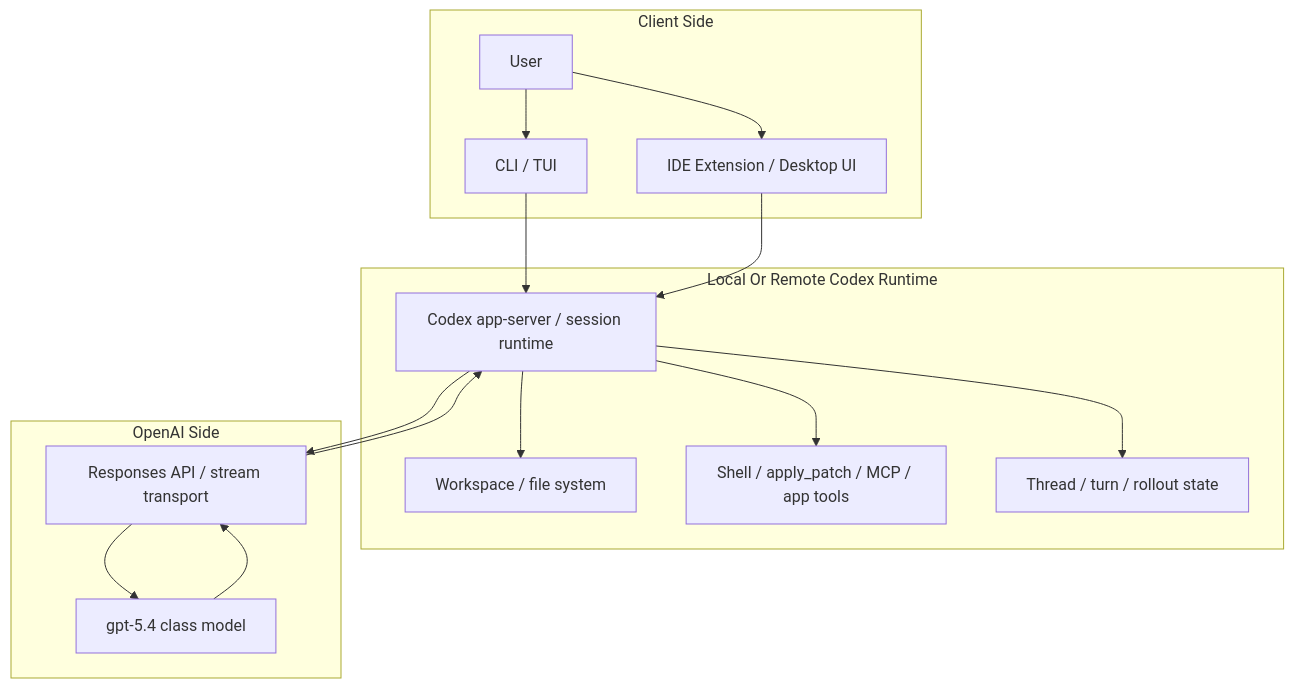
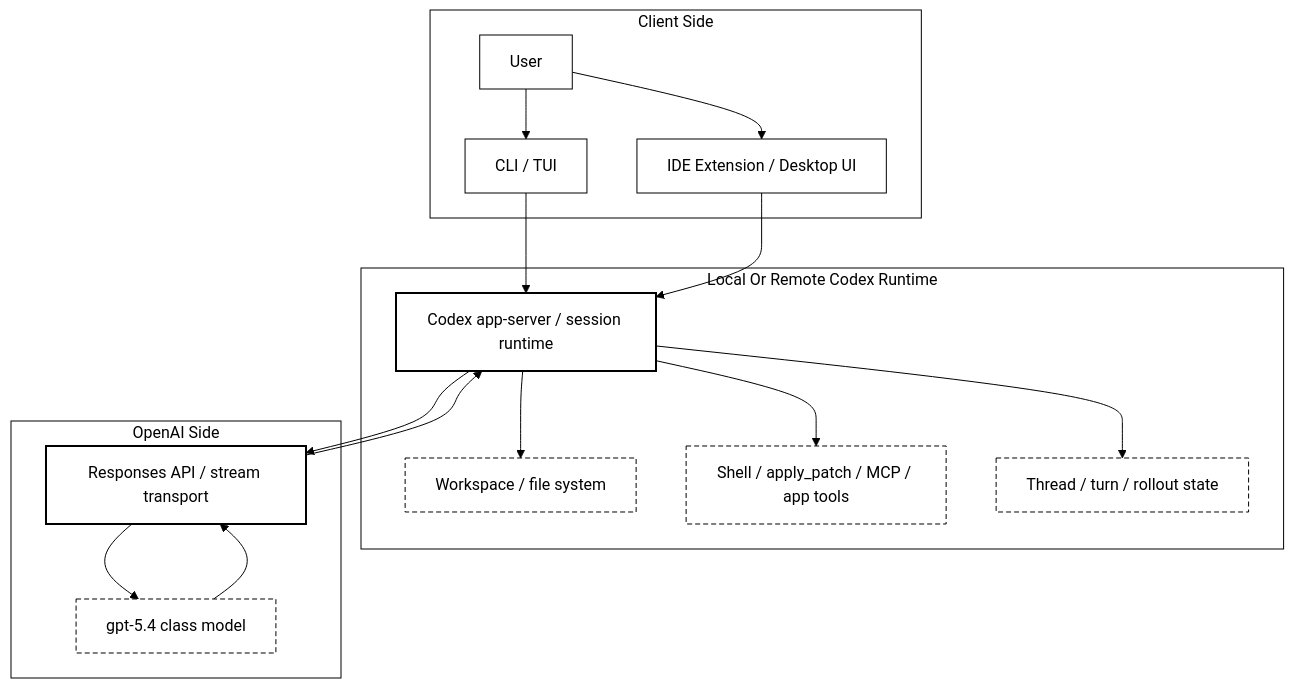
The second of 5 diagrams in agentic_workflow/codex_agentic_workflow/README.md (inputhacker/KnowledgeBase), drawn with Mermaid before and after one commit. The commit also changed other lines of this file and 1 other file, not shown here.

Commit message:
docs: improve mermaid contrast in Codex workflow docs

````diff
--- a/agentic_workflow/codex_agentic_workflow/README.md
+++ b/agentic_workflow/codex_agentic_workflow/README.md
@@ -43,32 +51,40 @@
 ```mermaid
+%%{init: {"theme":"base","themeVariables":{"primaryColor":"#ffffff","primaryTextColor":"#000000","primaryBorderColor":"#000000","lineColor":"#000000","secondaryColor":"#ffffff","tertiaryColor":"#ffffff","clusterBkg":"#ffffff","clusterBorder":"#000000","edgeLabelBackground":"#ffffff"}}}%%
 flowchart TB
     subgraph Client Side
         U[User]
         CLI[CLI / TUI]
         IDE[IDE Extension / Desktop UI]
     end
 
     subgraph Local Or Remote Codex Runtime
         APP[Codex app-server / session runtime]
         FS[Workspace / file system]
         TOOL[Shell / apply_patch / MCP / app tools]
         STATE[Thread / turn / rollout state]
     end
 
     subgraph OpenAI Side
         API[Responses API / stream transport]
         MODEL[gpt-5.4 class model]
     end
 
     U --> CLI
     U --> IDE
     CLI --> APP
     IDE --> APP
     APP --> FS
     APP --> TOOL
     APP --> STATE
     APP --> API
     API --> MODEL
     MODEL --> API
     API --> APP
+
+    classDef plain fill:#fff,stroke:#000,color:#000,stroke-width:1px;
+    classDef focus fill:#fff,stroke:#000,color:#000,stroke-width:2px;
+    classDef dashed fill:#fff,stroke:#000,color:#000,stroke-dasharray: 5 3;
+    class U,CLI,IDE plain;
+    class APP,API focus;
+    class FS,TOOL,STATE,MODEL dashed;
 ```
````
